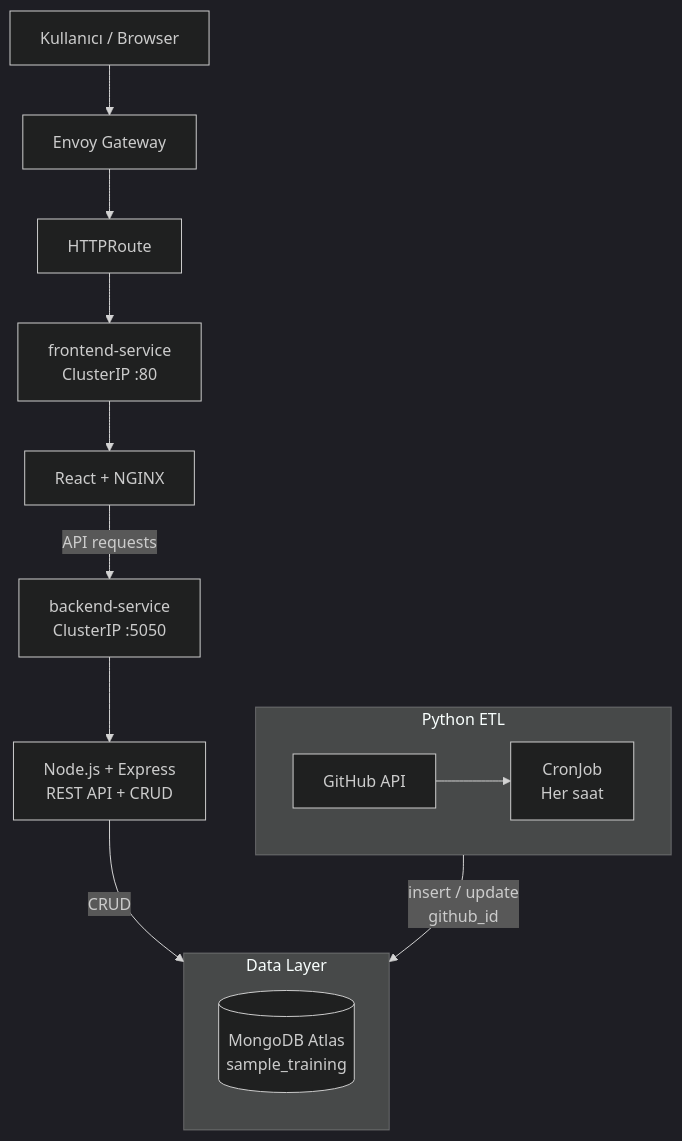
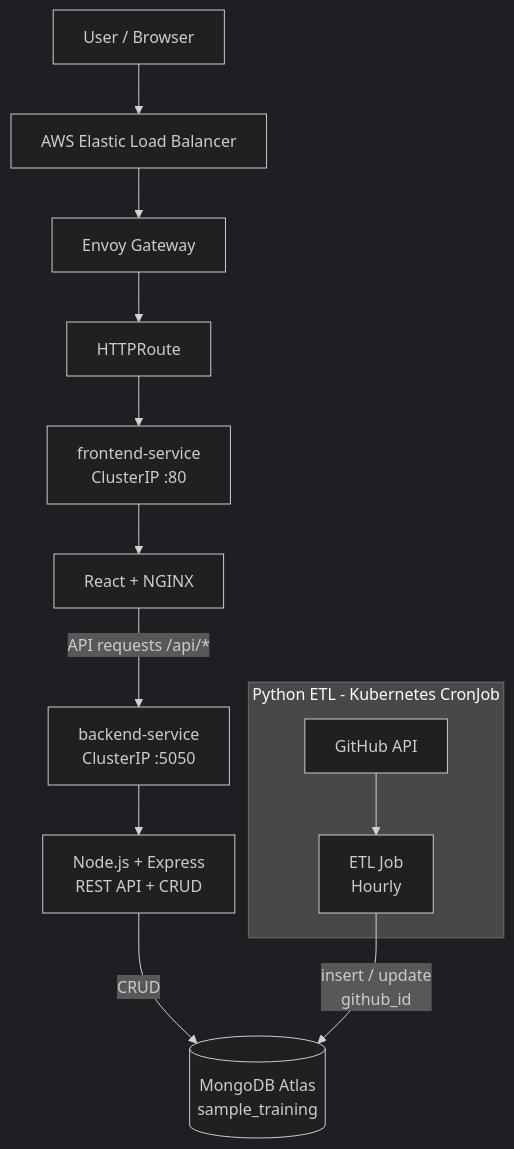
The diagram in docs/architecture.md (dabbitz/devops-case-baykar), drawn with Mermaid (dark theme) before and after one commit. The commit also changed other lines of this file and 8 other files, not shown here.

````diff
--- a/docs/architecture.md
+++ b/docs/architecture.md
@@ -17,33 +21,41 @@
 ```mermaid
 flowchart TB
 
-    User["Kullanıcı / Browser"]
+    User["User / Browser"]
+
+    LB["AWS Elastic Load Balancer"]
+
     Gateway["Envoy Gateway"]
+
     Route["HTTPRoute"]
+
     FrontendSvc["frontend-service<br/>ClusterIP :80"]
+
     Frontend["React + NGINX"]
+
     BackendSvc["backend-service<br/>ClusterIP :5050"]
+
     Backend["Node.js + Express<br/>REST API + CRUD"]
 
-    User --> Gateway
+    Mongo[("MongoDB Atlas<br/>sample_training")]
+
+    User --> LB
+    LB --> Gateway
     Gateway --> Route
+
     Route --> FrontendSvc
     FrontendSvc --> Frontend
-    Frontend -->|"API requests"| BackendSvc
+
+    Frontend -->|"API requests /api/*"| BackendSvc
     BackendSvc --> Backend
 
-    subgraph ETL["Python ETL"]
-        direction LR
+    Backend -->|"CRUD"| Mongo
+
+    subgraph ETL["Python ETL - Kubernetes CronJob"]
         GitHub["GitHub API"]
-        ETLJob["CronJob<br/>Her saat"]
+        ETLJob["ETL Job<br/>Hourly"]
         GitHub --> ETLJob
     end
 
-    subgraph DATA["Data Layer"]
-        direction TB
-        Mongo[("MongoDB Atlas<br/>sample_training")]
-    end
-
-    Backend -->|"CRUD"| Mongo
     ETLJob -->|"insert / update<br/>github_id"| Mongo
 ```
````
